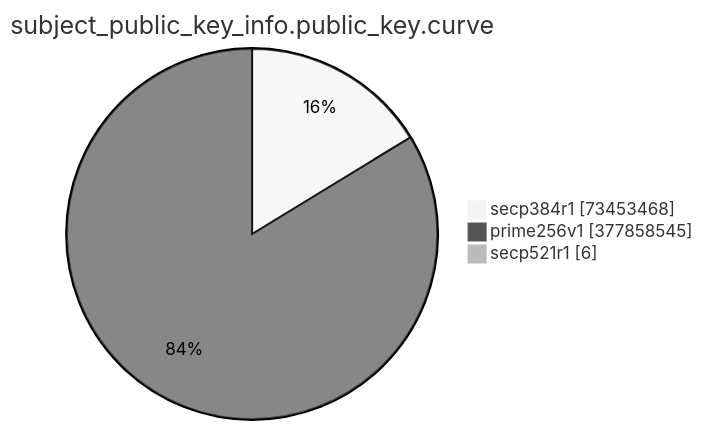
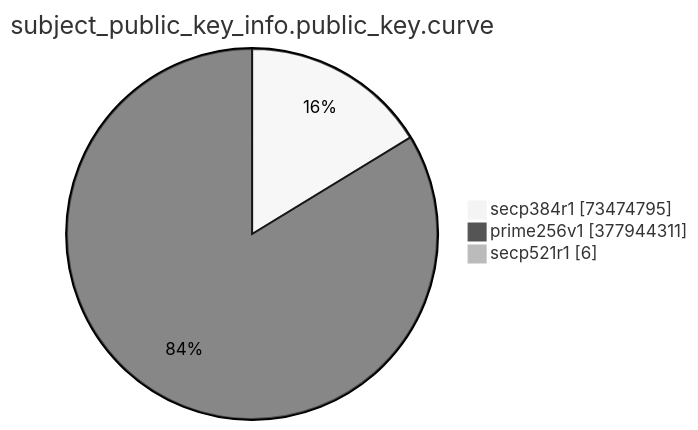
One commit to christiankrug/ctmonitor_visualization changed the eighth of 15 diagrams in TOTAL/README.md. Above: the diagram before and after it, drawn with Mermaid (neutral theme). The commit also changed other lines of this file, not shown here.

````diff
--- a/TOTAL/README.md
+++ b/TOTAL/README.md
@@ -3094,7 +3094,7 @@
 ```mermaid
 pie showData
 title subject_public_key_info.public_key.curve
-"secp384r1" :73453468
-"prime256v1" :377858545
+"secp384r1" :73474795
+"prime256v1" :377944311
 "secp521r1" :6
 ```
````
